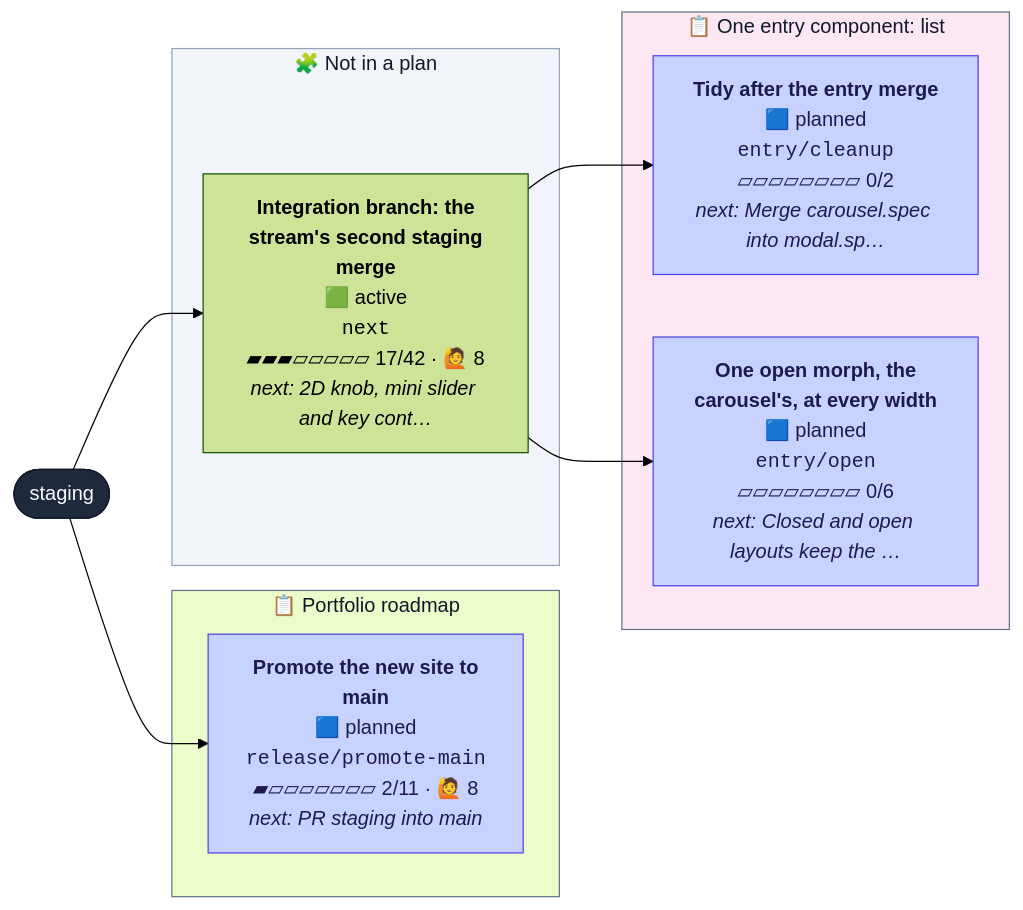
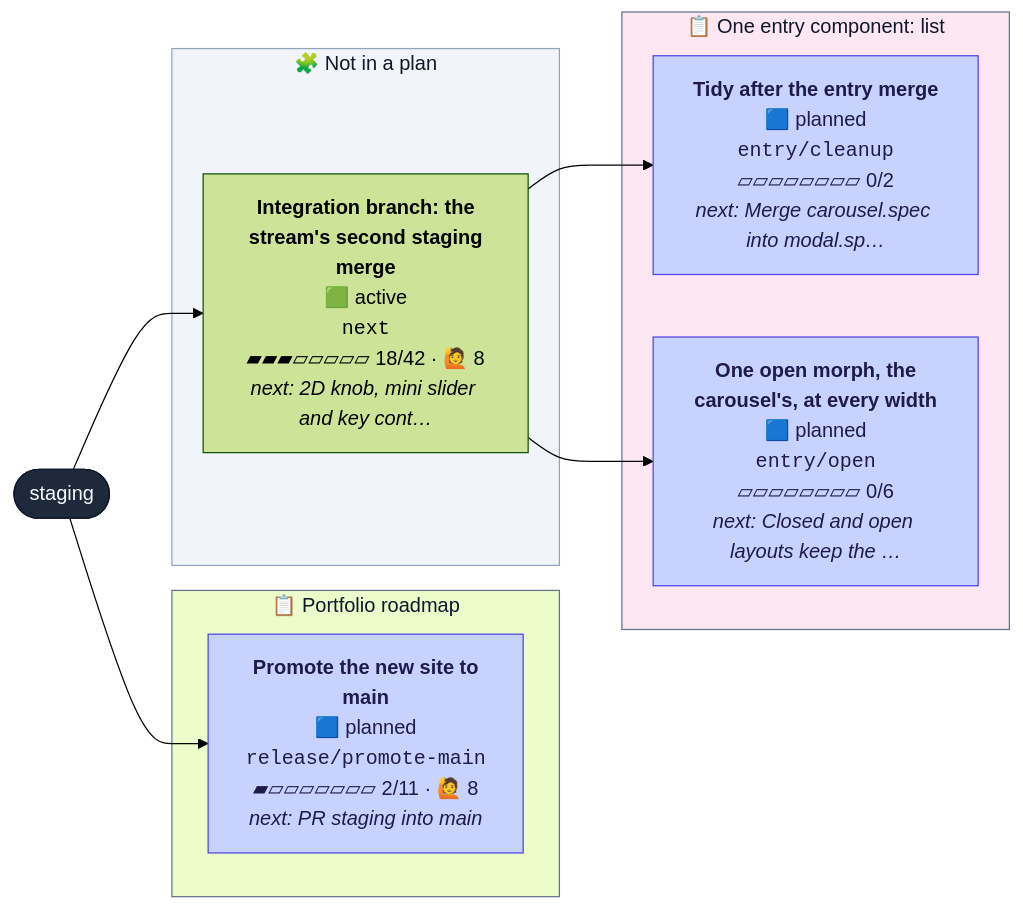
The second of 2 diagrams in CONTRIBUTING.md (henryjonescodes/portfolio), drawn with Mermaid (forest theme) before and after one commit. The commit also changed other lines of this file, not shown here.

````diff
--- a/CONTRIBUTING.md
+++ b/CONTRIBUTING.md
@@ -37,33 +37,33 @@
 ```mermaid
 flowchart LR
   n_staging([staging])
   class n_staging trunk
   subgraph plan_1["📋 One entry component: list"]
     n_entry_cleanup["<b>Tidy after the entry merge</b><br/>🟦 planned<br/><code>entry/cleanup</code><br/>▱▱▱▱▱▱▱▱ 0/2<br/><i>next: Merge carousel.spec into modal.sp…</i>"]
     class n_entry_cleanup planned
     n_entry_open["<b>One open morph, the<br/>carousel's, at every width</b><br/>🟦 planned<br/><code>entry/open</code><br/>▱▱▱▱▱▱▱▱ 0/6<br/><i>next: Closed and open layouts keep the …</i>"]
     class n_entry_open planned
   end
   style plan_1 fill:#fce7f3,stroke:#64748b,color:#0f172a
   subgraph plan_2["📋 Portfolio roadmap"]
     n_release_promote_main["<b>Promote the new site to<br/>main</b><br/>🟦 planned<br/><code>release/promote-main</code><br/>▰▱▱▱▱▱▱▱ 2/11 · 🙋 8<br/><i>next: PR staging into main</i>"]
     class n_release_promote_main planned
   end
   style plan_2 fill:#ecfccb,stroke:#64748b,color:#0f172a
   subgraph loose["🧩 Not in a plan"]
-    n_next["<b>Integration branch: the<br/>stream's second staging<br/>merge</b><br/>🟩 active<br/><code>next</code><br/>▰▰▰▱▱▱▱▱ 17/42 · 🙋 8<br/><i>next: 2D knob, mini slider and key cont…</i>"]
+    n_next["<b>Integration branch: the<br/>stream's second staging<br/>merge</b><br/>🟩 active<br/><code>next</code><br/>▰▰▰▱▱▱▱▱ 18/42 · 🙋 8<br/><i>next: 2D knob, mini slider and key cont…</i>"]
     class n_next active,current
   end
   style loose fill:#f1f5f9,stroke:#94a3b8,color:#0f172a
   n_next --> n_entry_cleanup
   n_next --> n_entry_open
   n_staging --> n_next
   n_staging --> n_release_promote_main
   classDef planned fill:#c7d2fe,stroke:#4f46e5,color:#1e1b4b
   classDef sketched fill:#f8fafc,stroke:#64748b,stroke-dasharray:4 3,color:#334155
   classDef active fill:#bbf7d0,stroke:#16a34a,stroke-width:3px,color:#052e16
   classDef review fill:#fde68a,stroke:#d97706,stroke-width:3px,color:#451a03
   classDef blocked fill:#fecaca,stroke:#dc2626,stroke-width:3px,color:#450a0a
   classDef trunk fill:#1e293b,stroke:#0f172a,color:#f8fafc
   classDef current stroke:#0ea5e9,stroke-width:5px
 ```
````
